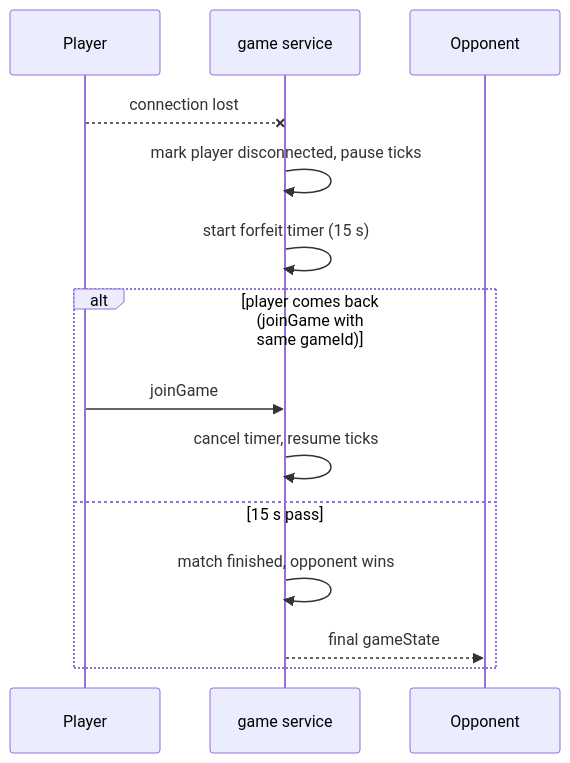
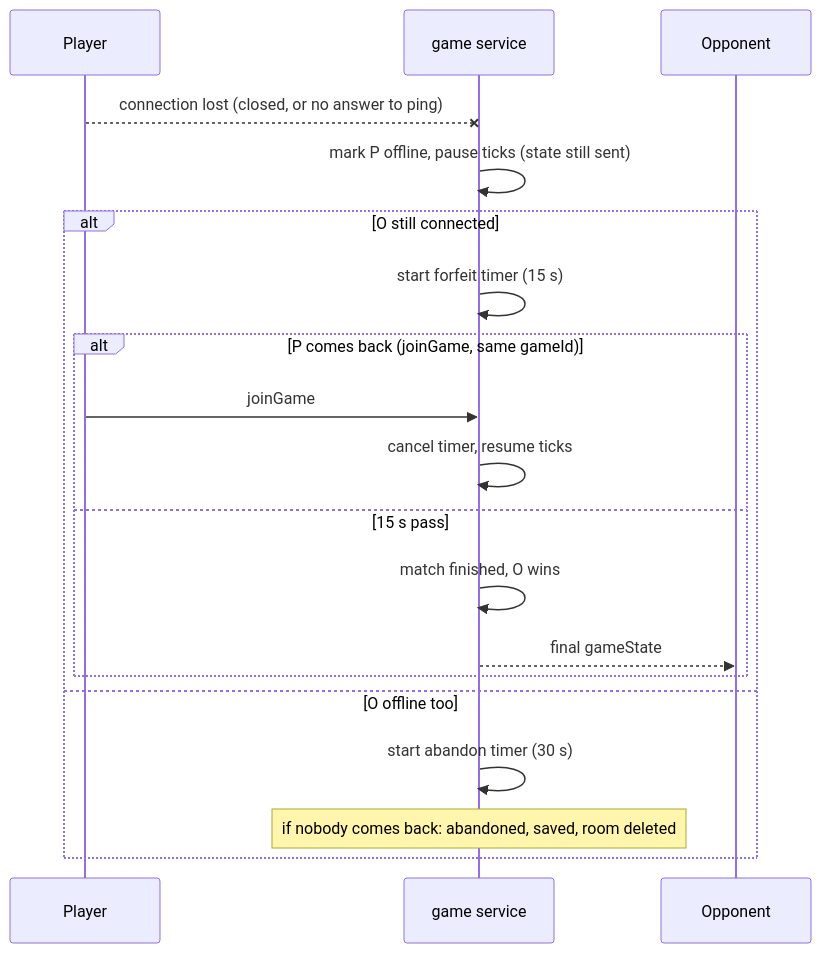
The second of 3 diagrams in docs/architecture/game.md (HanFeg-42/ft_transcendence), drawn with Mermaid before and after one commit. The commit also changed other lines of this file, not shown here.

Commit message:
docs(game): update the game service doc to match the code

````diff
--- a/docs/architecture/game.md
+++ b/docs/architecture/game.md
@@ -64,16 +133,21 @@
 ```mermaid
 sequenceDiagram
     participant P as Player
     participant S as game service
     participant O as Opponent
-    P--xS: connection lost
-    S->>S: mark player disconnected, pause ticks
-    S->>S: start forfeit timer (15 s)
-    alt player comes back (joinGame with same gameId)
-        P->>S: joinGame
-        S->>S: cancel timer, resume ticks
-    else 15 s pass
-        S->>S: match finished, opponent wins
-        S-->>O: final gameState
+    P--xS: connection lost (closed, or no answer to ping)
+    S->>S: mark P offline, pause ticks (state still sent)
+    alt O still connected
+        S->>S: start forfeit timer (15 s)
+        alt P comes back (joinGame, same gameId)
+            P->>S: joinGame
+            S->>S: cancel timer, resume ticks
+        else 15 s pass
+            S->>S: match finished, O wins
+            S-->>O: final gameState
+        end
+    else O offline too
+        S->>S: start abandon timer (30 s)
+        Note over S: if nobody comes back: abandoned, saved, room deleted
     end
 ```
````
